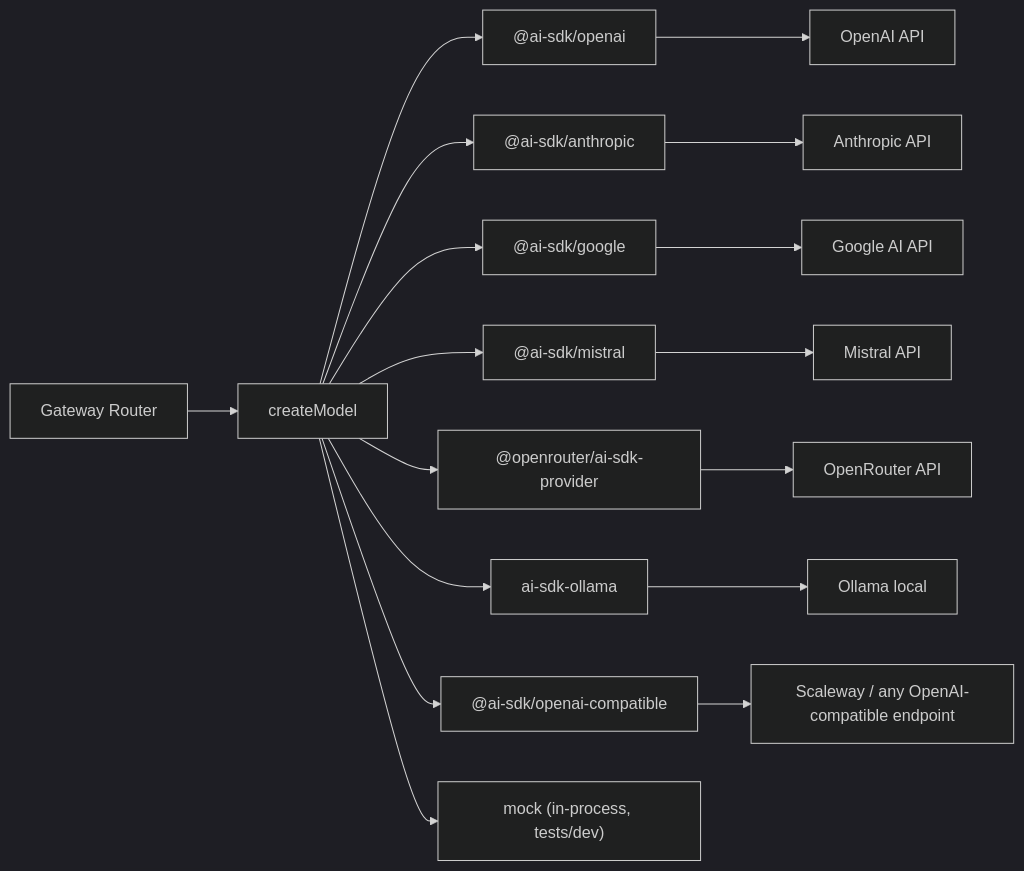
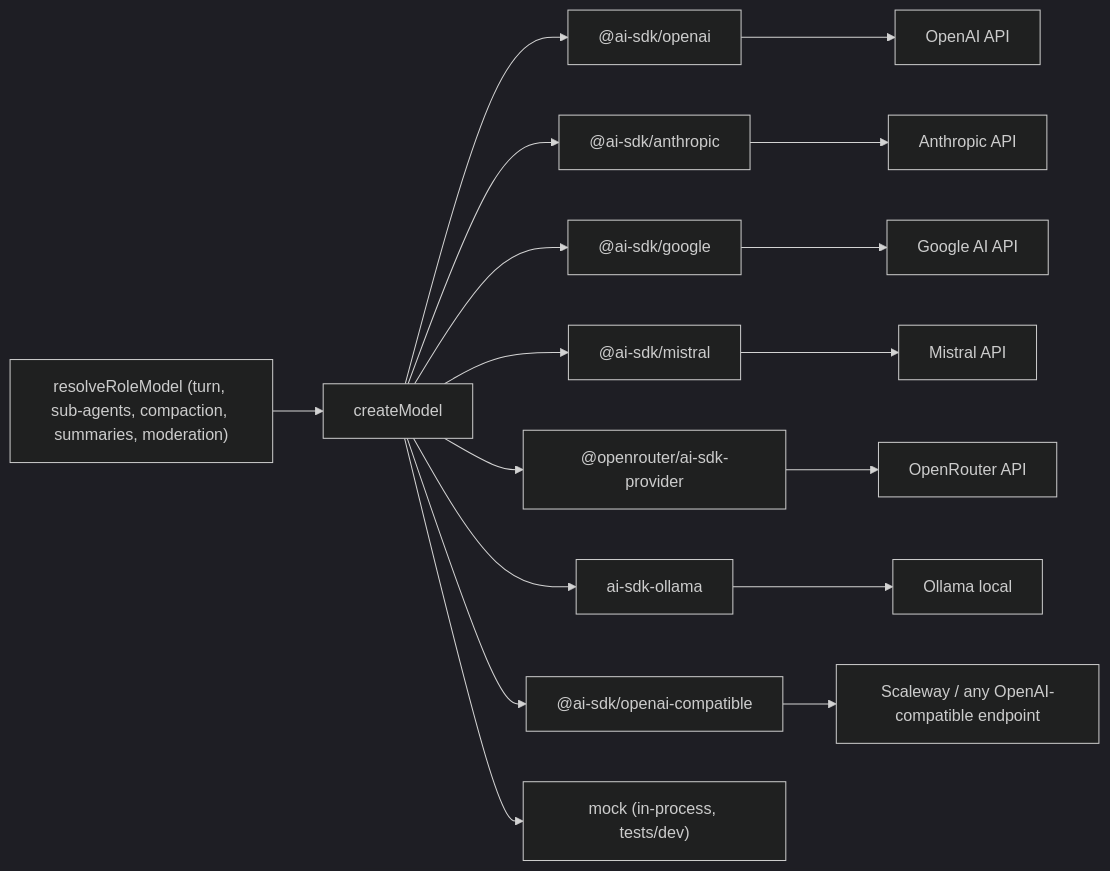
Before and after one commit to data-fair/agents: the diagram in docs/architecture/providers.md, drawn with Mermaid (dark theme). The commit also changed other lines of this file and 14 other files, not shown here.

First line of the commit message:
docs(architecture): the docs describe the server-held loop

````diff
--- a/docs/architecture/providers.md
+++ b/docs/architecture/providers.md
@@ -5,21 +5,21 @@
 ```mermaid
 graph LR
-  GW[Gateway Router] --> CM[createModel]
+  RM["resolveRoleModel (turn, sub-agents, compaction, summaries, moderation)"] --> CM[createModel]
 
   CM --> OAI["@ai-sdk/openai"]
   CM --> ANT["@ai-sdk/anthropic"]
   CM --> GOO["@ai-sdk/google"]
   CM --> MIS["@ai-sdk/mistral"]
   CM --> OR["@openrouter/ai-sdk-provider"]
   CM --> OLL["ai-sdk-ollama"]
   CM --> OC["@ai-sdk/openai-compatible"]
   CM --> MOCK["mock (in-process, tests/dev)"]
 
   OAI --> LLM1[OpenAI API]
   ANT --> LLM2[Anthropic API]
   GOO --> LLM3[Google AI API]
   MIS --> LLM4[Mistral API]
   OR --> LLM5[OpenRouter API]
   OLL --> LLM6[Ollama local]
   OC --> LLM7["Scaleway / any OpenAI-compatible endpoint"]
 ```
````
